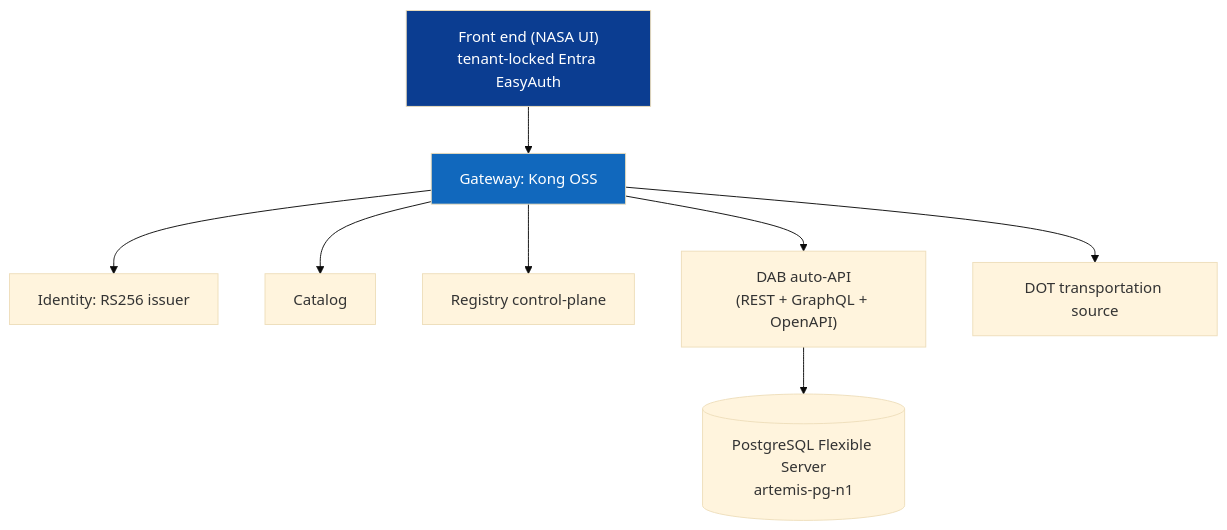
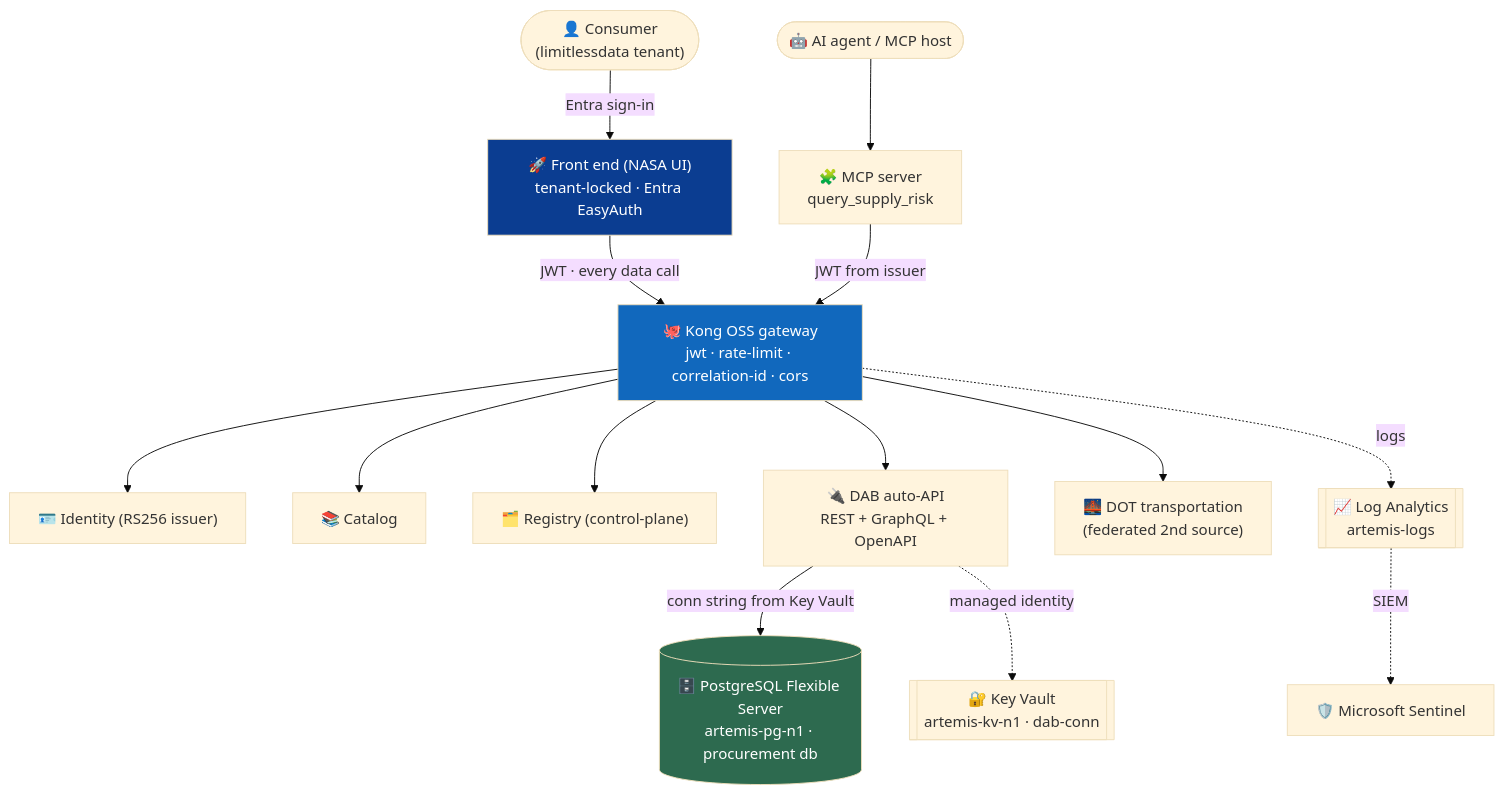
The first of 2 diagrams in docs/AZURE-LIVE-DEPLOYMENT.md (fgarofalo56/nasa-api-first-poc), drawn with Mermaid (base theme) before and after one commit. The commit also changed other lines of this file and 40 other files, not shown here.

````diff
--- a/docs/AZURE-LIVE-DEPLOYMENT.md
+++ b/docs/AZURE-LIVE-DEPLOYMENT.md
@@ -28,12 +93,19 @@
 ```mermaid
 flowchart TD
-    UI["Front end (NASA UI)<br/>tenant-locked Entra EasyAuth"] --> Kong[Gateway: Kong OSS]
-    Kong --> ID[Identity: RS256 issuer]
-    Kong --> Cat[Catalog]
-    Kong --> Reg[Registry control-plane]
-    Kong --> DAB["DAB auto-API<br/>(REST + GraphQL + OpenAPI)"]
-    Kong --> DOT[DOT transportation source]
-    DAB --> PG[("PostgreSQL Flexible Server<br/>artemis-pg-n1")]
+    User(["👤 Consumer<br/>(limitlessdata tenant)"]) -->|Entra sign-in| UI["🚀 Front end (NASA UI)<br/>tenant-locked · Entra EasyAuth"]
+    Agent(["🤖 AI agent / MCP host"]) --> MCP["🧩 MCP server<br/>query_supply_risk"]
+    UI -->|JWT · every data call| Kong["🐙 Kong OSS gateway<br/>jwt · rate-limit · correlation-id · cors"]
+    MCP -->|JWT from issuer| Kong
+    Kong --> ID["🪪 Identity (RS256 issuer)"]
+    Kong --> Cat["📚 Catalog"]
+    Kong --> Reg["🗂️ Registry (control-plane)"]
+    Kong --> DAB["🔌 DAB auto-API<br/>REST + GraphQL + OpenAPI"]
+    Kong --> DOT["🌉 DOT transportation<br/>(federated 2nd source)"]
+    DAB -->|conn string from Key Vault| PG[("🗄️ PostgreSQL Flexible Server<br/>artemis-pg-n1 · procurement db")]
+    DAB -. managed identity .-> KV[["🔐 Key Vault<br/>artemis-kv-n1 · dab-conn"]]
+    Kong -. logs .-> LA[["📈 Log Analytics<br/>artemis-logs"]]
+    LA -. SIEM .-> SENT["🛡️ Microsoft Sentinel"]
     style UI fill:#0b3d91,color:#fff
     style Kong fill:#1168bd,color:#fff
+    style PG fill:#2d6a4f,color:#fff
 ```
````
